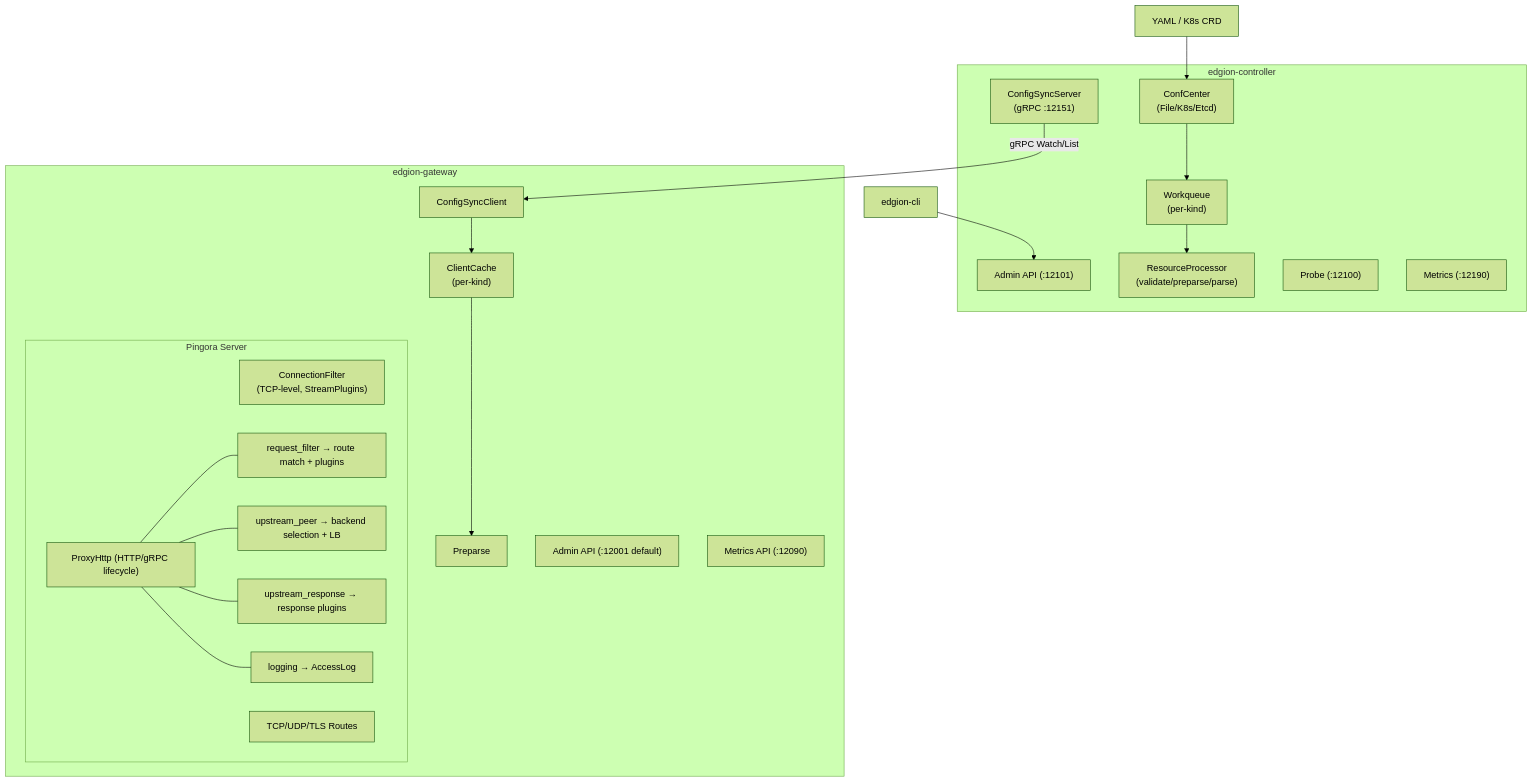
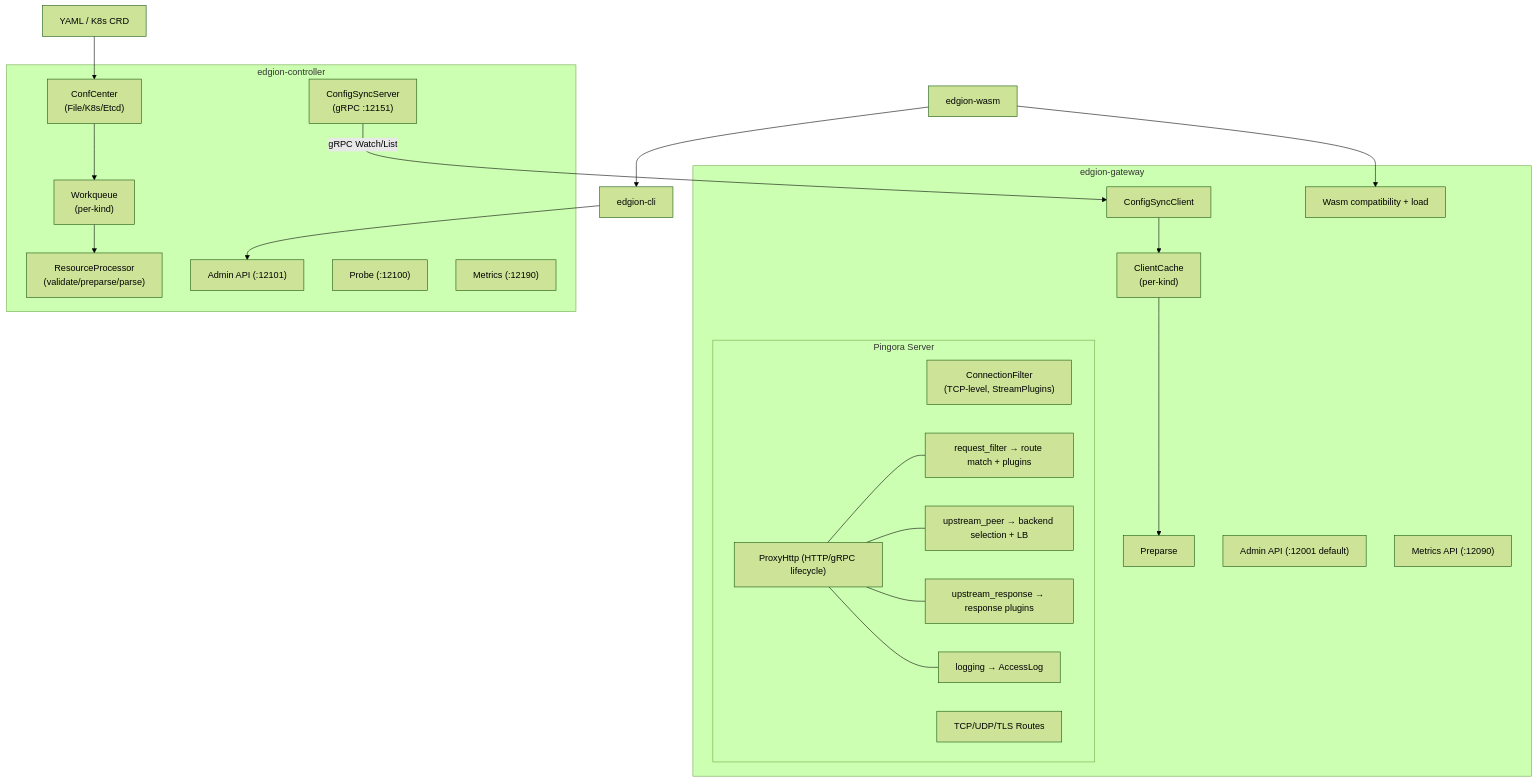
The diagram in skills/01-architecture/00-common/00-project-overview.md (Pandaala/Edgion), drawn with Mermaid (forest theme) before and after one commit. The commit also changed other lines of this file and 25 other files, not shown here.

````diff
--- a/skills/01-architecture/00-common/00-project-overview.md
+++ b/skills/01-architecture/00-common/00-project-overview.md
@@ -10,34 +10,37 @@
 ```mermaid
 flowchart TD
     YAML["YAML / K8s CRD"] --> CC
     CLI["edgion-cli"] --> AdminCtrl
+    WasmLib["edgion-wasm"] --> CLI
 
     subgraph Controller["edgion-controller"]
         CC["ConfCenter\n(File/K8s/Etcd)"] --> WQ["Workqueue\n(per-kind)"] --> RP["ResourceProcessor\n(validate/preparse/parse)"]
         AdminCtrl["Admin API (:12101)"]
         ProbeCtrl["Probe (:12100)"]
         MetricsCtrl["Metrics (:12190)"]
         SyncServer["ConfigSyncServer\n(gRPC :12151)"]
     end
 
     SyncServer -- "gRPC Watch/List" --> SyncClient
 
     subgraph Gateway["edgion-gateway"]
         SyncClient["ConfigSyncClient"] --> ClientCache["ClientCache\n(per-kind)"] --> Preparse["Preparse"]
+        WasmLoad["Wasm compatibility + load"]
         subgraph Pingora["Pingora Server"]
             ConnFilter["ConnectionFilter\n(TCP-level, StreamPlugins)"]
             ProxyHttp["ProxyHttp (HTTP/gRPC lifecycle)"]
             ReqFilter["request_filter → route match + plugins"]
             UpstreamPeer["upstream_peer → backend selection + LB"]
             UpstreamResp["upstream_response → response plugins"]
             Logging["logging → AccessLog"]
             ProxyHttp --- ReqFilter
             ProxyHttp --- UpstreamPeer
             ProxyHttp --- UpstreamResp
             ProxyHttp --- Logging
             StreamRoutes["TCP/UDP/TLS Routes"]
         end
         AdminGw["Admin API (:12001 default)"]
         MetricsGw["Metrics API (:12090)"]
     end
+    WasmLib --> WasmLoad
 ```
````
